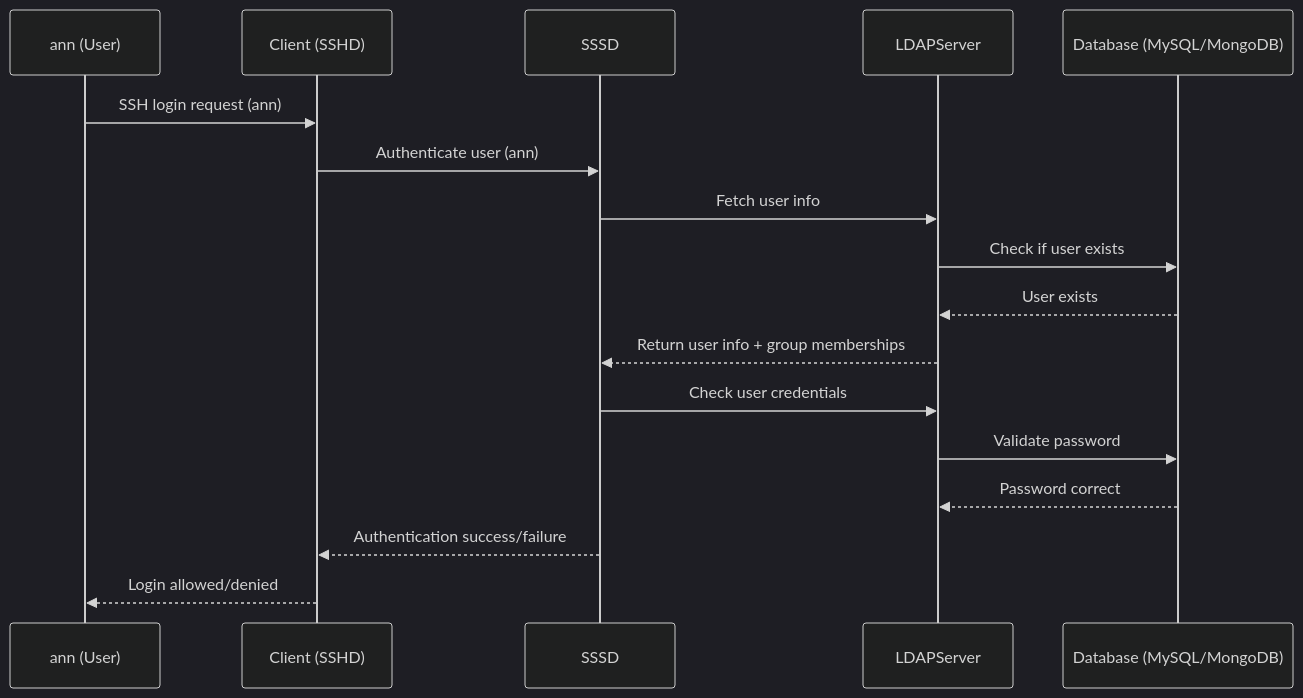
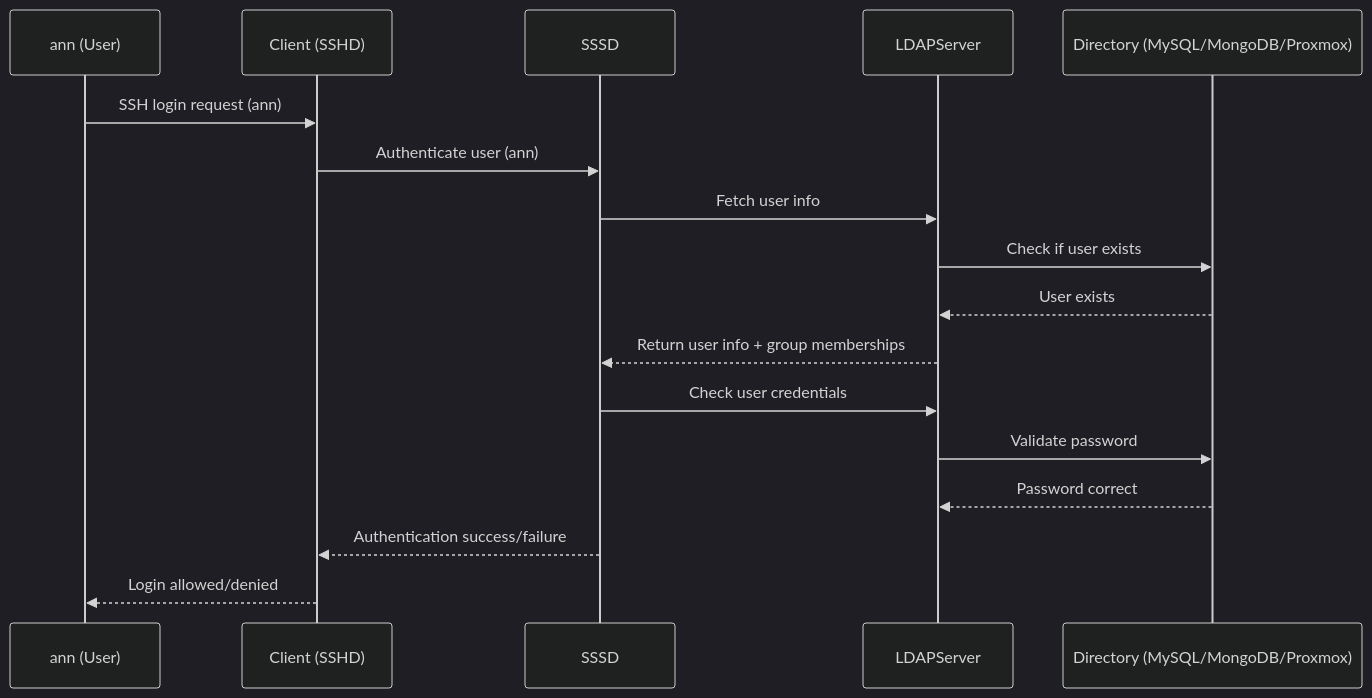
Before and after one commit to mieweb/LDAPServer: the first of 3 diagrams in README.md, drawn with Mermaid (dark theme). The commit also changed other lines of this file, not shown here.

````diff
--- a/README.md
+++ b/README.md
@@ -5,22 +7,20 @@
 ```mermaid
 sequenceDiagram
     participant User as ann (User)
     participant Client as Client (SSHD)
     participant SSSD as SSSD
     participant LDAP as LDAPServer
-    participant DB as Database (MySQL/MongoDB)
+    participant DB as Directory (MySQL/MongoDB/Proxmox)
     User->>Client: SSH login request (ann)
     Client->>SSSD: Authenticate user (ann)
     SSSD->>LDAP: Fetch user info
     LDAP->>DB: Check if user exists
     DB-->>LDAP: User exists
     LDAP-->>SSSD: Return user info + group memberships
     SSSD->>LDAP: Check user credentials
     LDAP->>DB: Validate password
     DB-->>LDAP: Password correct
     SSSD-->>Client: Authentication success/failure
     Client-->>User: Login allowed/denied
 
-
-
 ```
````
